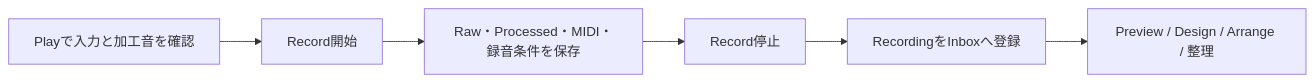
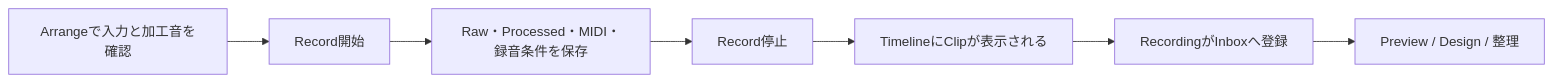
One commit to endo-ly/riffra changed the eighth of 12 diagrams in docs/ui-ux-design/ui-ux-design.md. Above: the diagram before and after it, drawn with Mermaid. The commit also changed other lines of this file and 10 other files, not shown here.

````diff
--- a/docs/ui-ux-design/ui-ux-design.md
+++ b/docs/ui-ux-design/ui-ux-design.md
@@ -492,8 +504,9 @@
 ```mermaid
 flowchart LR
-    READY["Playで入力と加工音を確認"] --> RECORD["Record開始"]
+    READY["Arrangeで入力と加工音を確認"] --> RECORD["Record開始"]
     RECORD --> CAPTURE["Raw・Processed・MIDI・録音条件を保存"]
     CAPTURE --> STOP["Record停止"]
-    STOP --> INBOX["RecordingをInboxへ登録"]
-    INBOX --> NEXT["Preview / Design / Arrange / 整理"]
+    STOP --> TIMELINE["TimelineにClipが表示される"]
+    TIMELINE --> INBOX["RecordingがInboxへ登録"]
+    INBOX --> NEXT["Preview / Design / 整理"]
 ```
````
